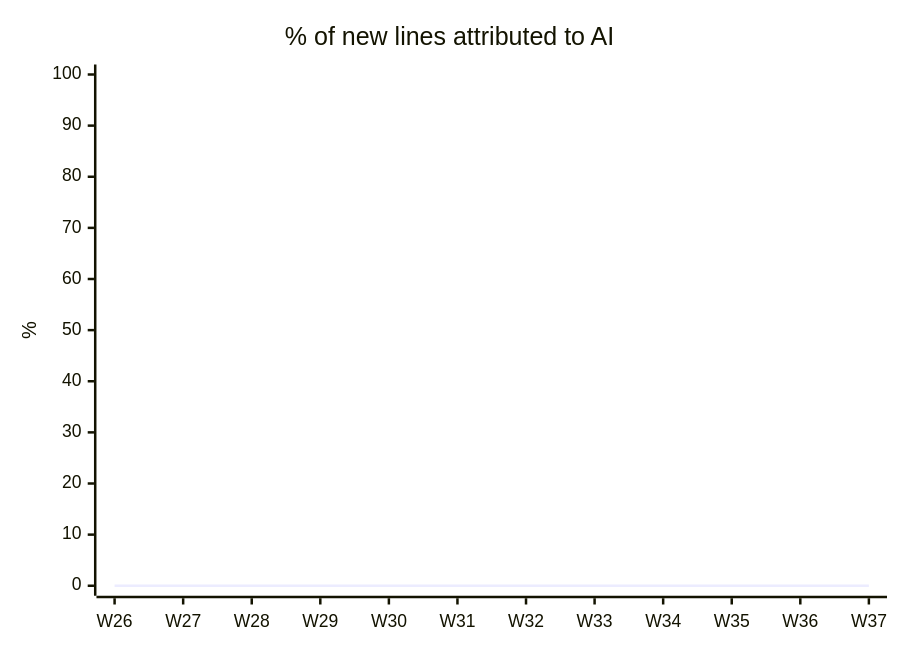
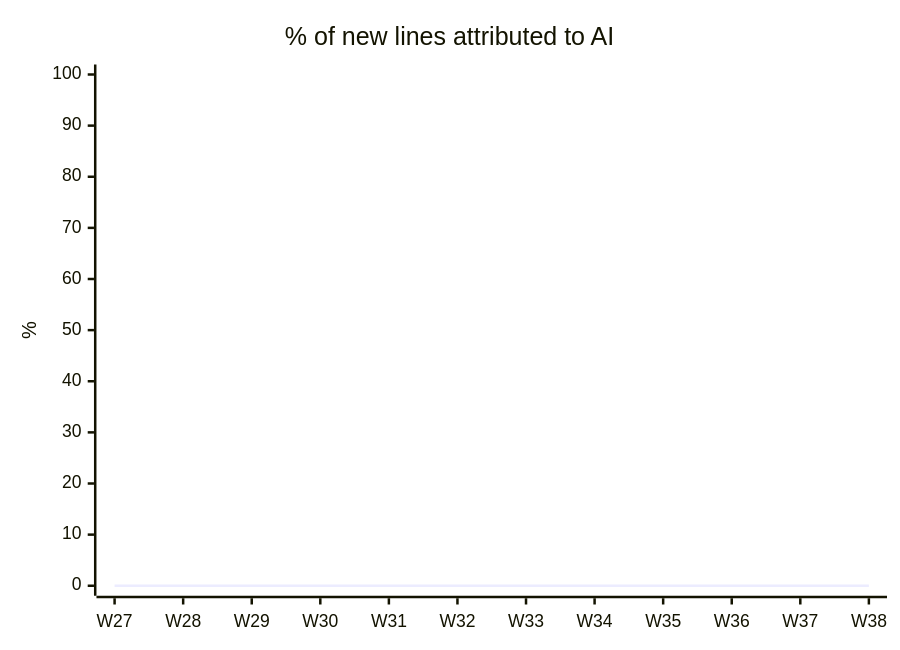
Before and after one commit to fromwaydowntown/ai-use: the diagram in docs/AI_USAGE.md, drawn with Mermaid. The commit also changed other lines of this file, not shown here.

````diff
--- a/docs/AI_USAGE.md
+++ b/docs/AI_USAGE.md
@@ -17,7 +17,7 @@
 ```mermaid
 xychart-beta
     title "% of new lines attributed to AI"
-    x-axis ["W26", "W27", "W28", "W29", "W30", "W31", "W32", "W33", "W34", "W35", "W36", "W37"]
+    x-axis ["W27", "W28", "W29", "W30", "W31", "W32", "W33", "W34", "W35", "W36", "W37", "W38"]
     y-axis "%" 0 --> 100
     line [0, 0, 0, 0, 0, 0, 0, 0, 0, 0, 0, 0]
 ```
````
